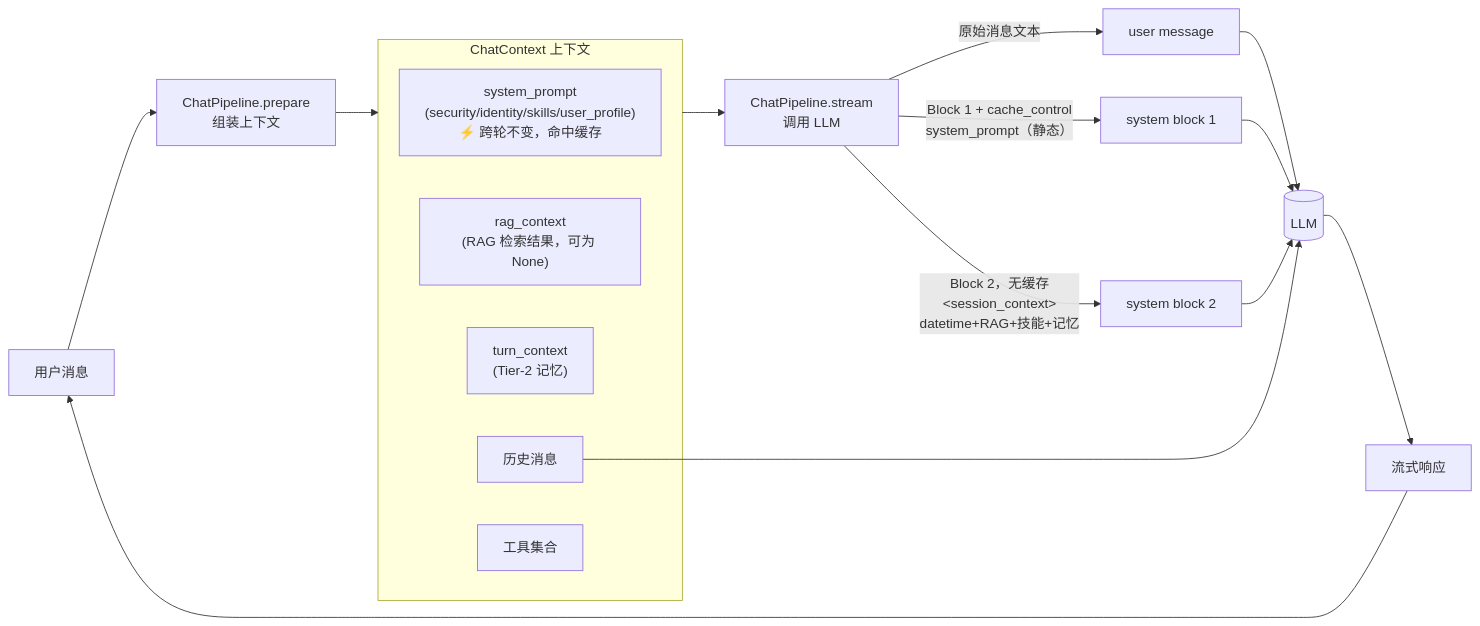
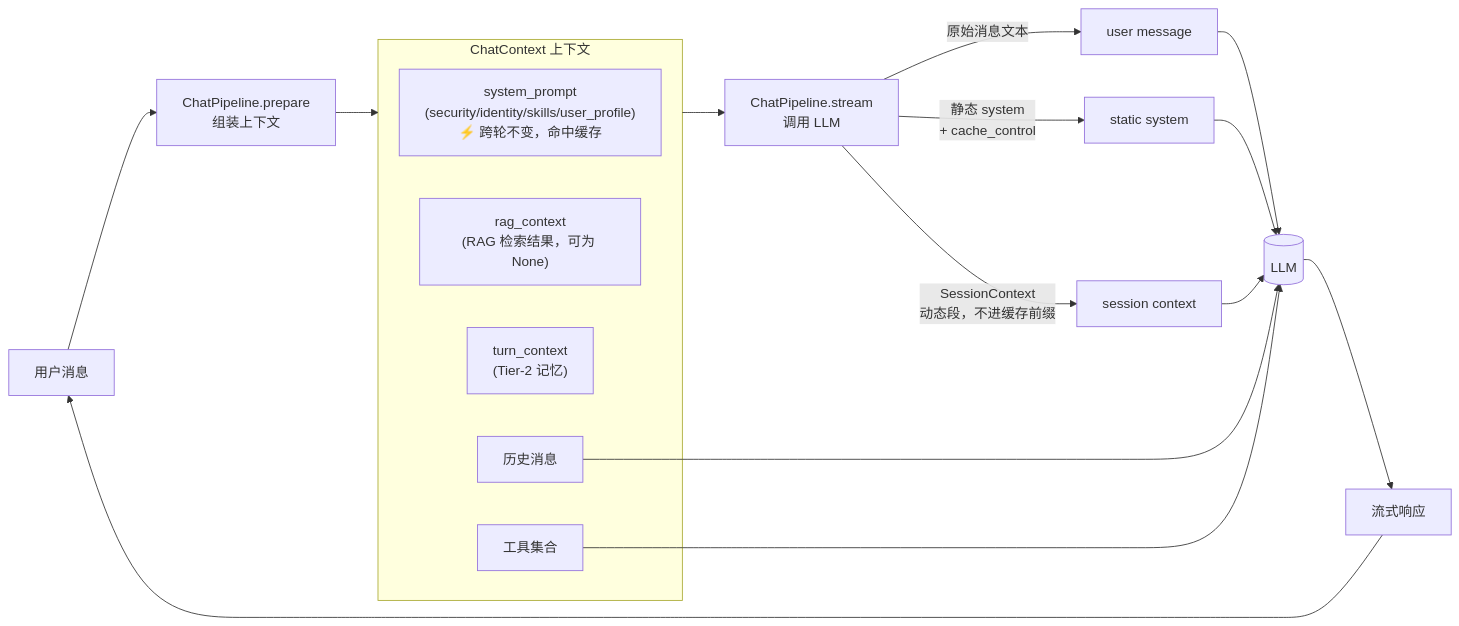
The first of 2 diagrams in docs/系统提示词设计.md (ayxworxfr/AstraCoreAI), drawn with Mermaid before and after one commit. The commit also changed other lines of this file and 22 other files, not shown here.

````diff
--- a/docs/系统提示词设计.md
+++ b/docs/系统提示词设计.md
@@ -11,22 +11,23 @@
 ```mermaid
 flowchart LR
     U[用户消息] --> P[ChatPipeline.prepare<br/>组装上下文]
     subgraph CTX[ChatContext 上下文]
         SP["system_prompt<br/>(security/identity/skills/user_profile)<br/>⚡ 跨轮不变，命中缓存"]
         RC["rag_context<br/>(RAG 检索结果，可为 None)"]
         TC["turn_context<br/>(Tier-2 记忆)"]
         H[历史消息]
         T[工具集合]
     end
     P --> CTX
     CTX --> S[ChatPipeline.stream<br/>调用 LLM]
     S -->|"原始消息文本"| MU[user message]
-    S -->|"Block 1 + cache_control<br/>system_prompt（静态）"| MB1[system block 1]
-    S -->|"Block 2，无缓存<br/>&lt;session_context&gt;<br/>datetime+RAG+技能+记忆"| MB2[system block 2]
+    S -->|"静态 system<br/>+ cache_control"| MB1[static system]
+    S -->|"SessionContext<br/>动态段，不进缓存前缀"| MB2[session context]
     MU --> M[(LLM)]
     MB1 --> M
     MB2 --> M
     H --> M
+    T --> M
     M --> R[流式响应]
     R --> U
 ```
````
